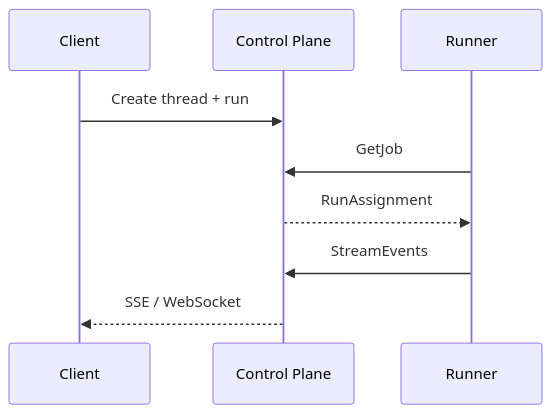
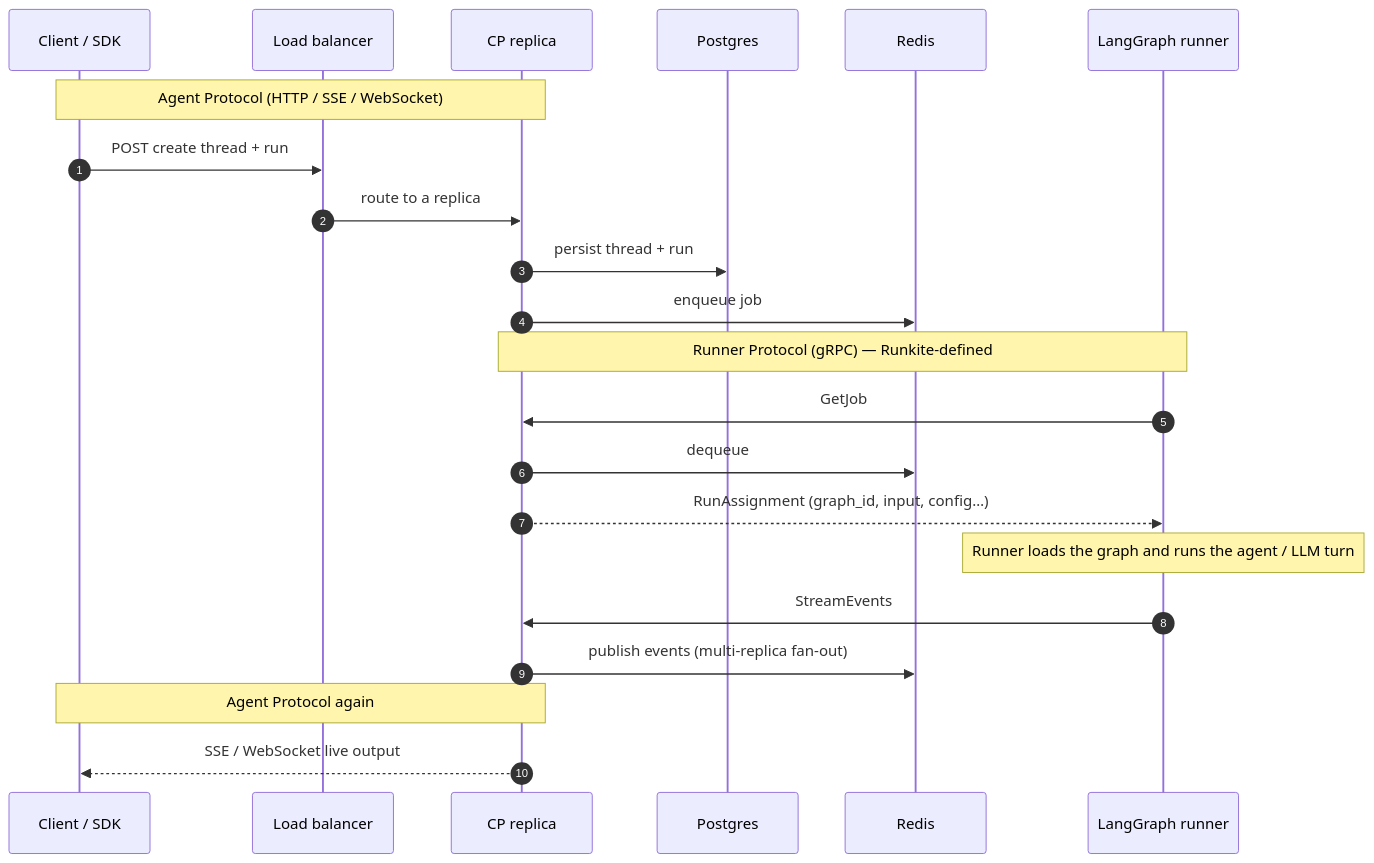
Before and after one commit to getrunkite/runkite: the second of 2 diagrams in README.md, drawn with Mermaid. The commit also changed other lines of this file and 2 other files, not shown here.

Commit message:
Replace clumpy run-path PNG with Mermaid and document Runner Protocol.
Keep the ecosystem catalog image; use an autonumbered Mermaid sequence for the HA path, and spell out that Runner Protocol is Runkite’s internal gRPC contract—not Agent Protocol.

````diff
--- a/README.md
+++ b/README.md
@@ -54,11 +62,27 @@
 ```mermaid
 sequenceDiagram
-  participant C as Client
-  participant CP as Control Plane
-  participant R as Runner
-  C->>CP: Create thread + run
+  autonumber
+  participant C as Client / SDK
+  participant LB as Load balancer
+  participant CP as CP replica
+  participant PG as Postgres
+  participant RD as Redis
+  participant R as LangGraph runner
+
+  Note over C,CP: Agent Protocol (HTTP / SSE / WebSocket)
+  C->>LB: POST create thread + run
+  LB->>CP: route to a replica
+  CP->>PG: persist thread + run
+  CP->>RD: enqueue job
+
+  Note over CP,R: Runner Protocol (gRPC) — Runkite-defined
   R->>CP: GetJob
-  CP-->>R: RunAssignment
+  CP->>RD: dequeue
+  CP-->>R: RunAssignment (graph_id, input, config…)
+  Note over R: Runner loads the graph and runs the agent / LLM turn
   R->>CP: StreamEvents
-  CP-->>C: SSE / WebSocket
+  CP->>RD: publish events (multi-replica fan-out)
+
+  Note over C,CP: Agent Protocol again
+  CP-->>C: SSE / WebSocket live output
 ```
````
